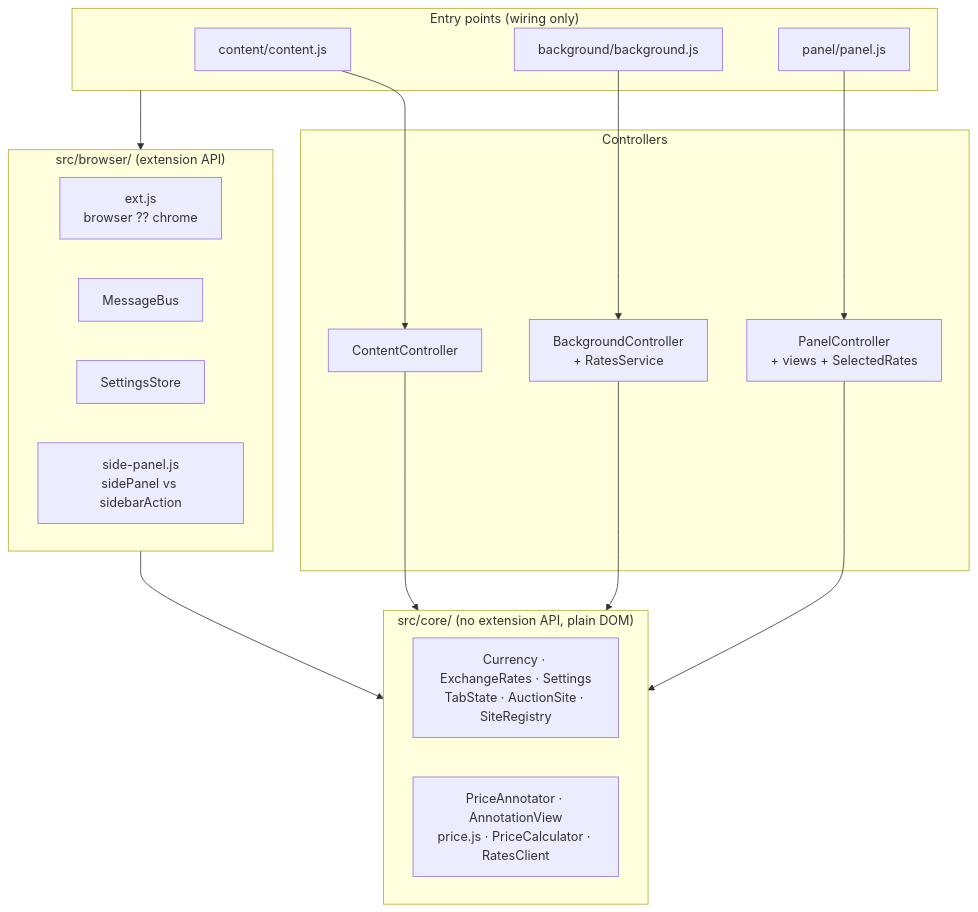
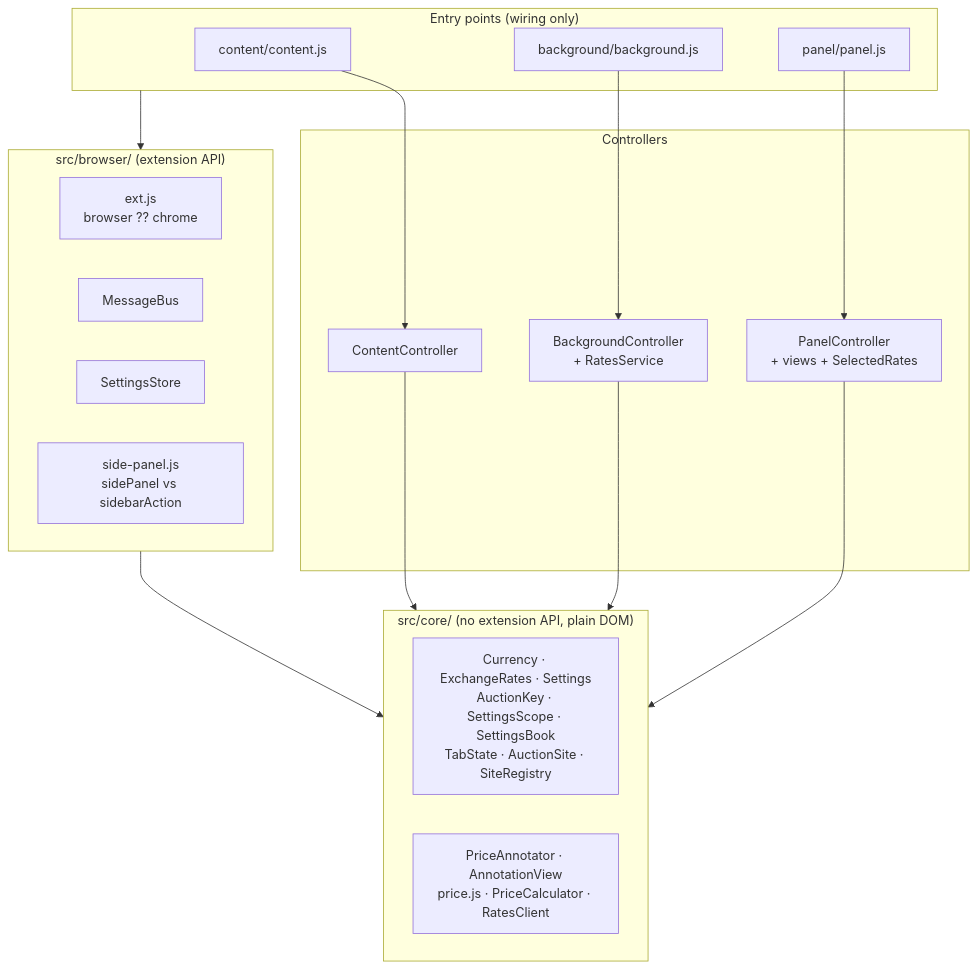
Before and after one commit to radyak/minerva-browserplugin: the first of 7 diagrams in docs/architecture.md, drawn with Mermaid. The commit also changed other lines of this file and 23 other files, not shown here.

````diff
--- a/docs/architecture.md
+++ b/docs/architecture.md
@@ -15,32 +15,32 @@
 ```mermaid
 flowchart TB
   subgraph entry["Entry points (wiring only)"]
     content_js["content/content.js"]
     background_js["background/background.js"]
     panel_js["panel/panel.js"]
   end
   subgraph controllers["Controllers"]
     CC["ContentController"]
     BC["BackgroundController<br/>+ RatesService"]
     PC["PanelController<br/>+ views + SelectedRates"]
   end
   subgraph browser["src/browser/ (extension API)"]
     ext["ext.js<br/>browser ?? chrome"]
     bus["MessageBus"]
     store["SettingsStore"]
     side["side-panel.js<br/>sidePanel vs sidebarAction"]
   end
   subgraph core["src/core/ (no extension API, plain DOM)"]
-    domain["Currency · ExchangeRates · Settings<br/>TabState · AuctionSite · SiteRegistry"]
+    domain["Currency · ExchangeRates · Settings<br/>AuctionKey · SettingsScope · SettingsBook<br/>TabState · AuctionSite · SiteRegistry"]
     logic["PriceAnnotator · AnnotationView<br/>price.js · PriceCalculator · RatesClient"]
   end
 
   content_js --> CC
   background_js --> BC
   panel_js --> PC
   entry --> browser
   CC --> core
   BC --> core
   PC --> core
   browser --> core
 ```
````
